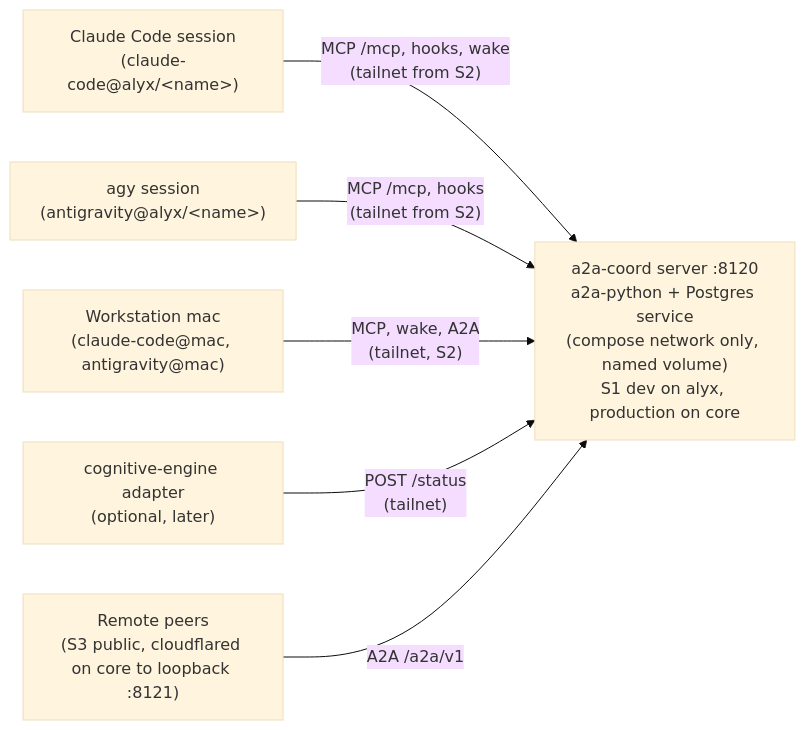
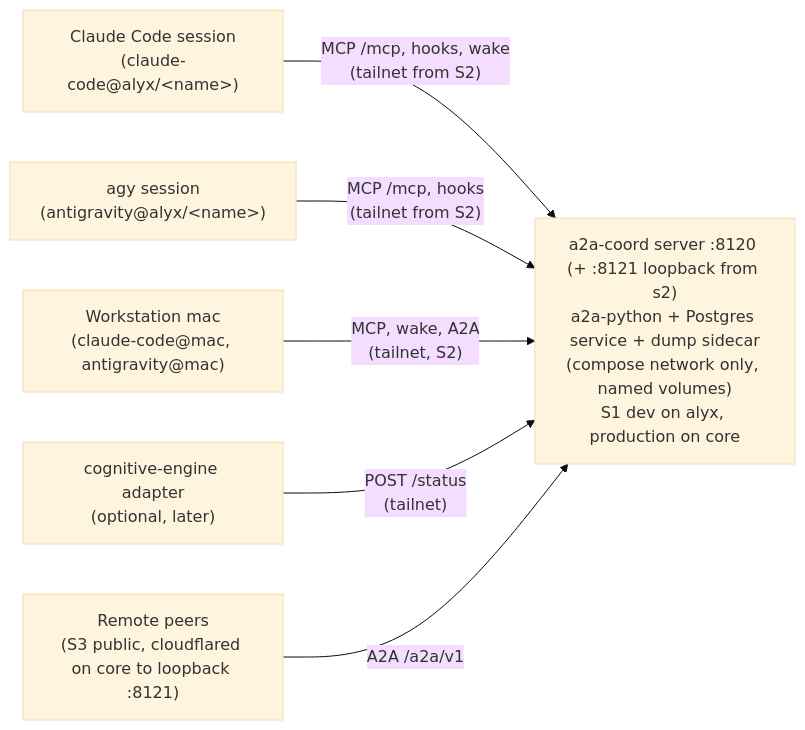
Before and after one commit to rockad/agentic-hub: the first of 2 diagrams in plugins/coordination/docs/plans/consolidated-bridge-v2-plan.md, drawn with Mermaid (base theme). The commit also changed other lines of this file and 8 other files, not shown here.

````diff
--- a/plugins/coordination/docs/plans/consolidated-bridge-v2-plan.md
+++ b/plugins/coordination/docs/plans/consolidated-bridge-v2-plan.md
@@ -27,9 +27,9 @@
 ```mermaid
 flowchart LR
     CC["Claude Code session<br/>(claude-code@alyx/&lt;name&gt;)"] -->|"MCP /mcp, hooks, wake<br/>(tailnet from S2)"| SRV
     AGY["agy session<br/>(antigravity@alyx/&lt;name&gt;)"] -->|"MCP /mcp, hooks<br/>(tailnet from S2)"| SRV
     MAC["Workstation mac<br/>(claude-code@mac, antigravity@mac)"] -->|"MCP, wake, A2A<br/>(tailnet, S2)"| SRV
-    SRV["a2a-coord server :8120<br/>a2a-python + Postgres service<br/>(compose network only, named volume)<br/>S1 dev on alyx, production on core"]
+    SRV["a2a-coord server :8120 (+ :8121 loopback from s2)<br/>a2a-python + Postgres service + dump sidecar<br/>(compose network only, named volumes)<br/>S1 dev on alyx, production on core"]
     CE["cognitive-engine adapter<br/>(optional, later)"] -->|"POST /status<br/>(tailnet)"| SRV
     REM["Remote peers<br/>(S3 public, cloudflared on core to loopback :8121)"] -->|"A2A /a2a/v1"| SRV
 ```
````
